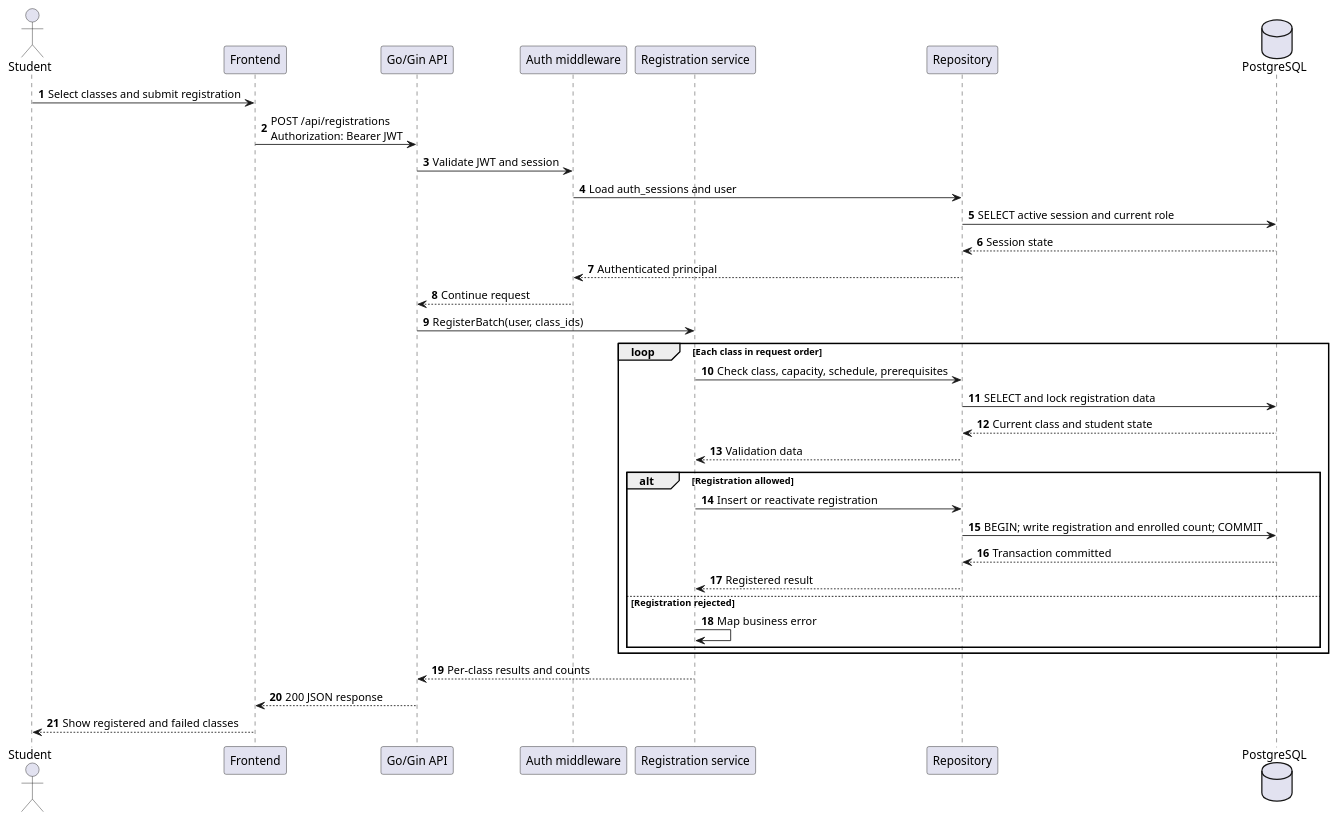
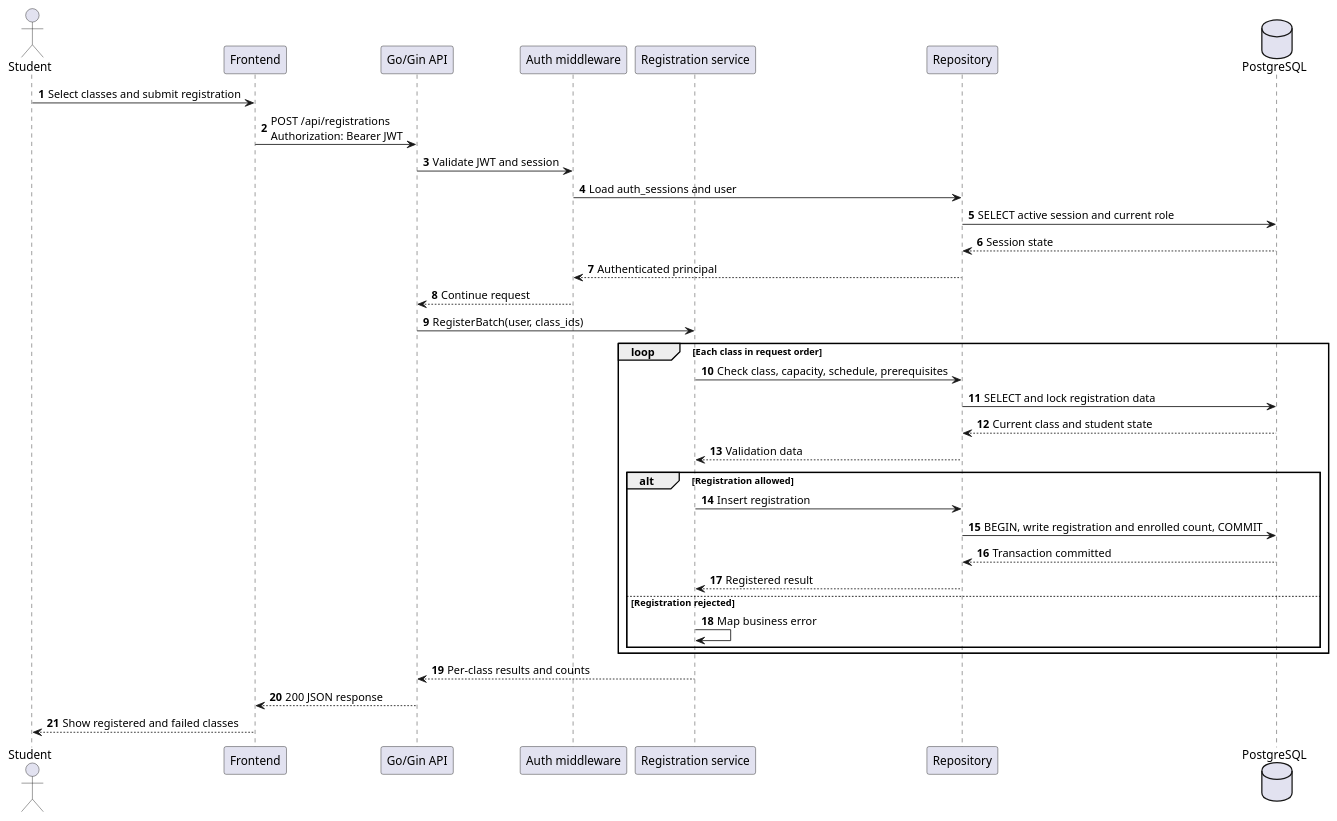
The diagram in docs/diagrams/sequence/api-sequence.puml (Akapi895/course-registration), drawn with PlantUML before and after one commit. The commit also changed 10 other files, not shown here.

```diff
--- a/docs/diagrams/sequence/api-sequence.puml
+++ b/docs/diagrams/sequence/api-sequence.puml
@@ -1,39 +1,39 @@
 @startuml
 autonumber
 actor Student
 participant "Frontend" as FE
 participant "Go/Gin API" as API
 participant "Auth middleware" as Auth
 participant "Registration service" as Service
 participant "Repository" as Repo
 database "PostgreSQL" as DB
 
 Student -> FE : Select classes and submit registration
 FE -> API : POST /api/registrations\nAuthorization: Bearer JWT
 API -> Auth : Validate JWT and session
 Auth -> Repo : Load auth_sessions and user
 Repo -> DB : SELECT active session and current role
 DB --> Repo : Session state
 Repo --> Auth : Authenticated principal
 Auth --> API : Continue request
 API -> Service : RegisterBatch(user, class_ids)
 
 loop Each class in request order
     Service -> Repo : Check class, capacity, schedule, prerequisites
     Repo -> DB : SELECT and lock registration data
     DB --> Repo : Current class and student state
     Repo --> Service : Validation data
     alt Registration allowed
-        Service -> Repo : Insert or reactivate registration
-        Repo -> DB : BEGIN; write registration and enrolled count; COMMIT
+        Service -> Repo : Insert registration
+        Repo -> DB : BEGIN, write registration and enrolled count, COMMIT
         DB --> Repo : Transaction committed
         Repo --> Service : Registered result
     else Registration rejected
         Service -> Service : Map business error
     end
 end
 
 Service --> API : Per-class results and counts
 API --> FE : 200 JSON response
 FE --> Student : Show registered and failed classes
 @enduml
```
